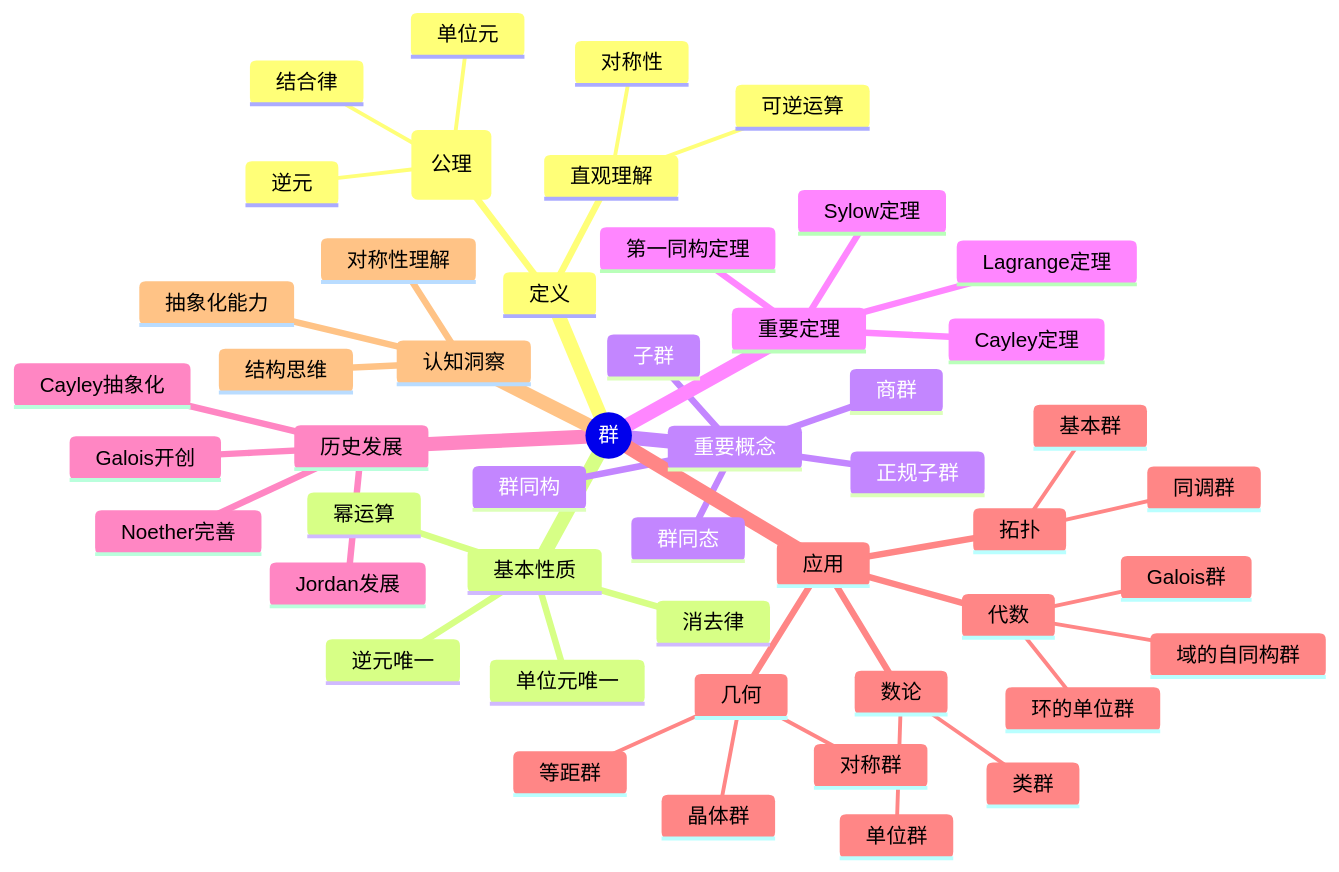
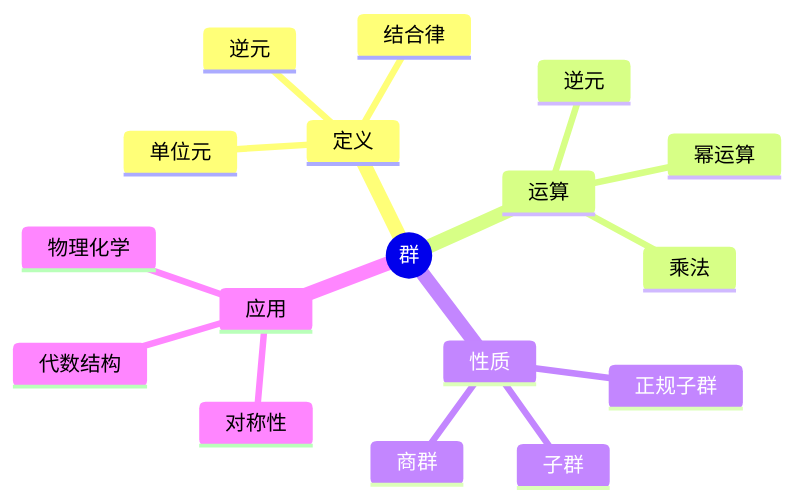
The first of 10 diagrams in concept/核心概念/08-群.md (AdaMartin18010/FormalMath), drawn with Mermaid before and after one commit. The commit also changed other lines of this file and 4793 other files, not shown here.

````diff
--- a/concept/核心概念/08-群.md
+++ b/concept/核心概念/08-群.md
@@ -621,52 +1159,20 @@
 ```mermaid
 mindmap
   root((群))
     定义
-      直观理解
-        对称性
-        可逆运算
-      形式化定义 (公理)
-        结合律
-        单位元
-        逆元
-    基本性质
-      单位元唯一
-      逆元唯一
-      消去律
+      结合律
+      单位元
+      逆元
+    运算
+      乘法
+      逆元
       幂运算
-    重要概念
+    性质
       子群
       正规子群
       商群
-      群同态
-      群同构
-    重要定理
-      Lagrange定理
-      Cayley定理
-      第一同构定理
-      Sylow定理
-    历史发展
-      Galois开创
-      Cayley抽象化
-      Jordan发展
-      Noether完善
     应用
-      代数
-        环的单位群
-        域的自同构群
-        Galois群
-      几何
-        等距群
-        晶体群
-        对称群
-      拓扑
-        基本群
-        同调群
-      数论
-        类群
-        单位群
-    认知洞察
-      对称性理解
-      抽象化能力
-      结构思维
+      对称性
+      代数结构
+      物理化学
 ```
````
